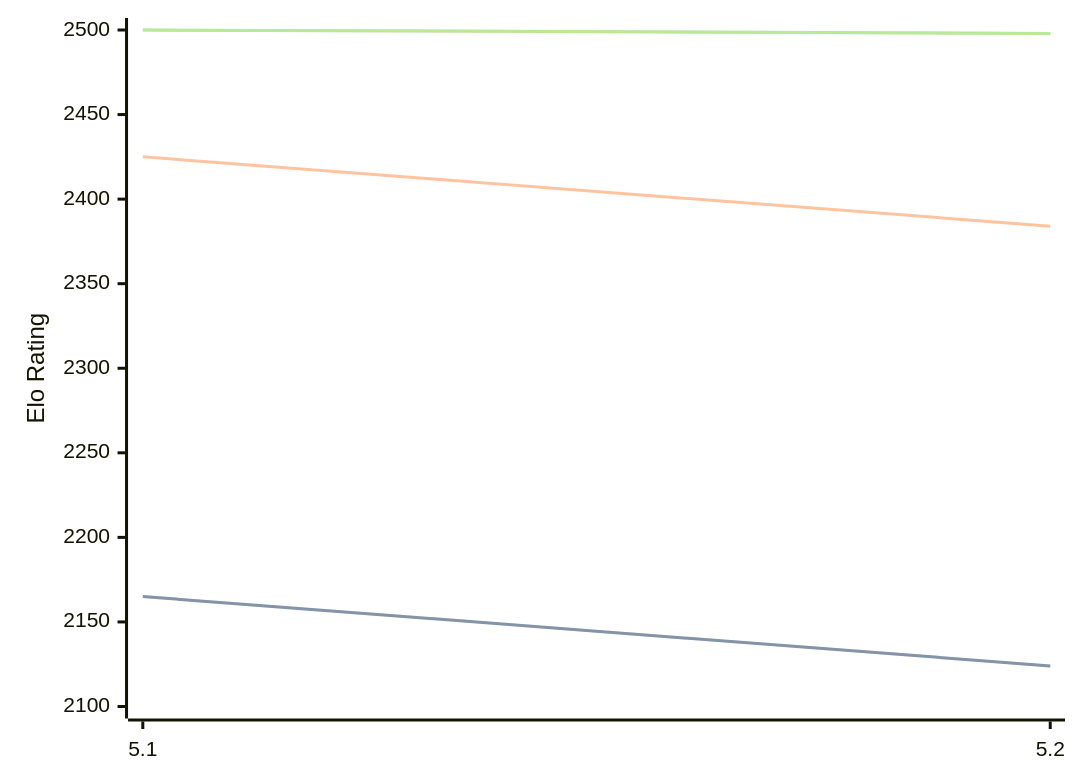
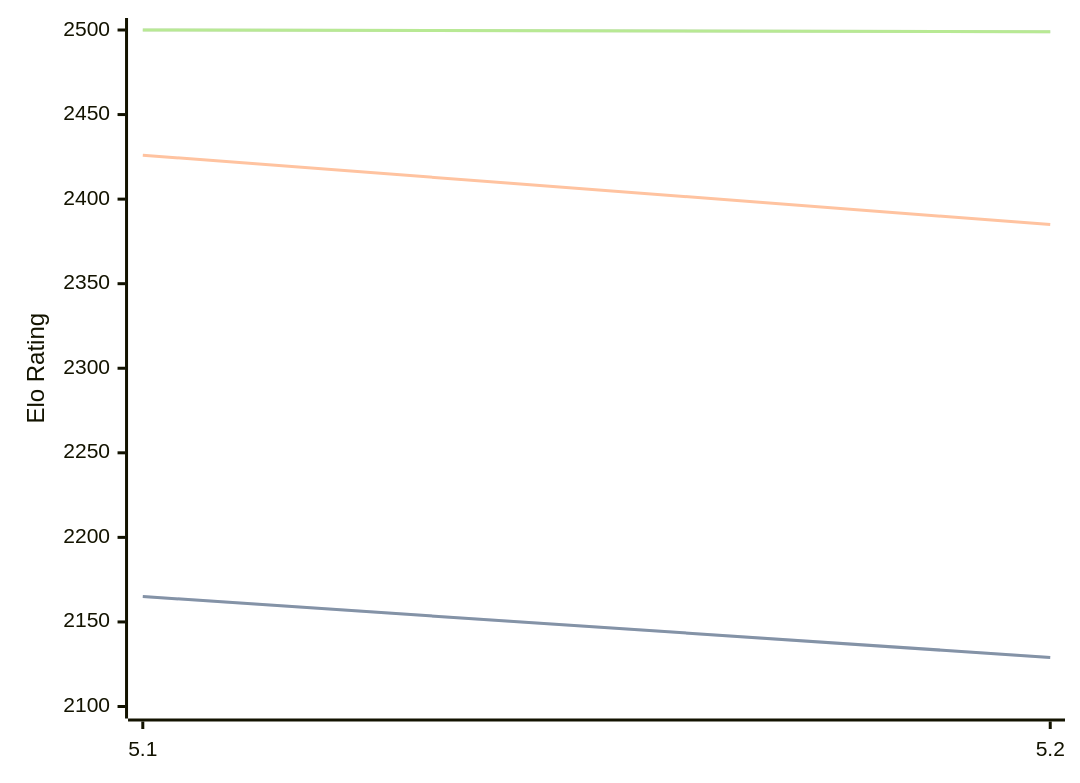
The diagram in engines/Prophet.md (computer-chess-index/cci), drawn with Mermaid before and after one commit. The commit also changed other lines of this file, not shown here.

Commit message:
Update CCI Ratings (ELO VLTC) - 2026-09-08

````diff
--- a/engines/Prophet.md
+++ b/engines/Prophet.md
@@ -32,11 +32,11 @@
 ```mermaid
 %%{init: {"theme":"base","themeVariables":{"seriesColors:['#a3a3a3','#222221','#faa371']}}}%%
 xychart-beta
   x-axis ["5.1", "5.2"]
   y-axis "Elo Rating" 2100 --> 2500
-  line "" [2165, 2124]
-  line "STC (8.0+0.08s)" [2165, 2124]
-  line "LTC (60.0+0.60s)" [2425, 2384]
-  line "" [2500, 2498]
-  line "VLTC (2m24s+1.12s)" [2500, 2498]
+  line "" [2165, 2129]
+  line "STC (8.0+0.08s)" [2165, 2129]
+  line "LTC (60.0+0.60s)" [2426, 2385]
+  line "" [2500, 2499]
+  line "VLTC (2m24s+1.12s)" [2500, 2499]
 ```
````
